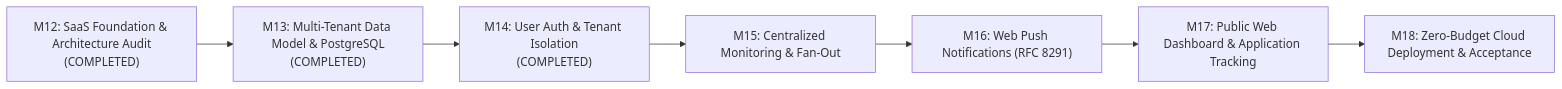
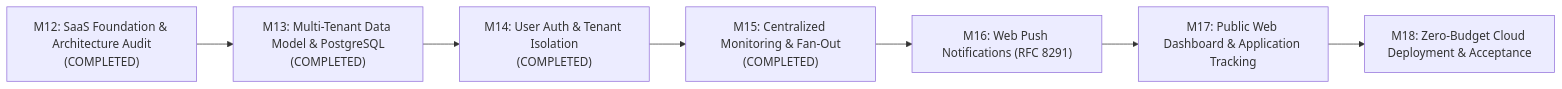
The diagram in docs/SAAS_ROADMAP.md (aadesh-2006/HawkOffer), drawn with Mermaid before and after one commit. The commit also changed other lines of this file and 14 other files, not shown here.

Commit message:
feat(monitoring): M15 centralized multi-tenant monitoring and outbox fan-out

````diff
--- a/docs/SAAS_ROADMAP.md
+++ b/docs/SAAS_ROADMAP.md
@@ -12,9 +12,9 @@
 ```mermaid
 flowchart LR
     M12["M12: SaaS Foundation & Architecture Audit<br/>(COMPLETED)"] --> M13["M13: Multi-Tenant Data Model & PostgreSQL<br/>(COMPLETED)"]
     M13 --> M14["M14: User Auth & Tenant Isolation<br/>(COMPLETED)"]
-    M14 --> M15["M15: Centralized Monitoring & Fan-Out"]
+    M14 --> M15["M15: Centralized Monitoring & Fan-Out<br/>(COMPLETED)"]
     M15 --> M16["M16: Web Push Notifications (RFC 8291)"]
     M16 --> M17["M17: Public Web Dashboard & Application Tracking"]
     M17 --> M18["M18: Zero-Budget Cloud Deployment & Acceptance"]
 ```
````
